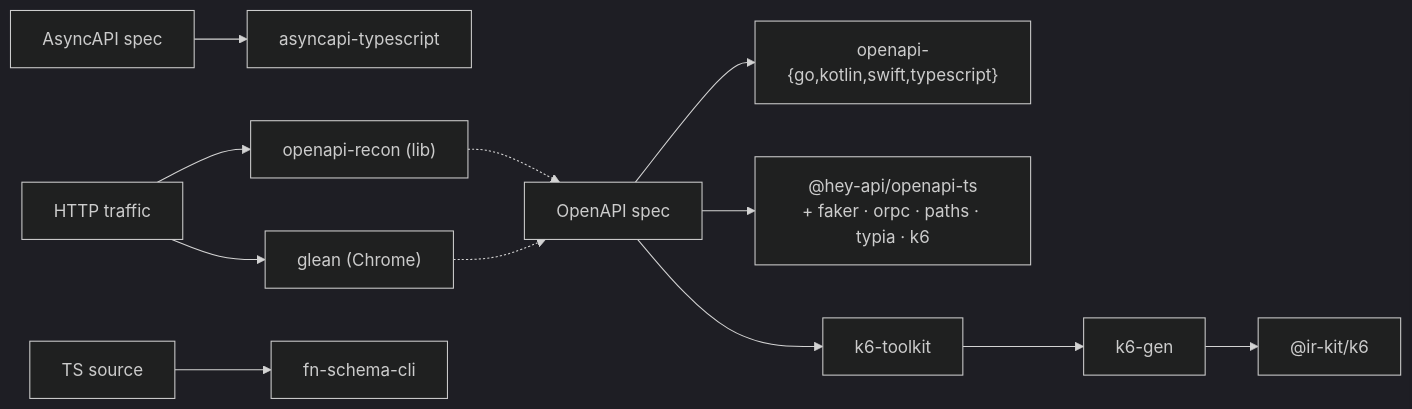
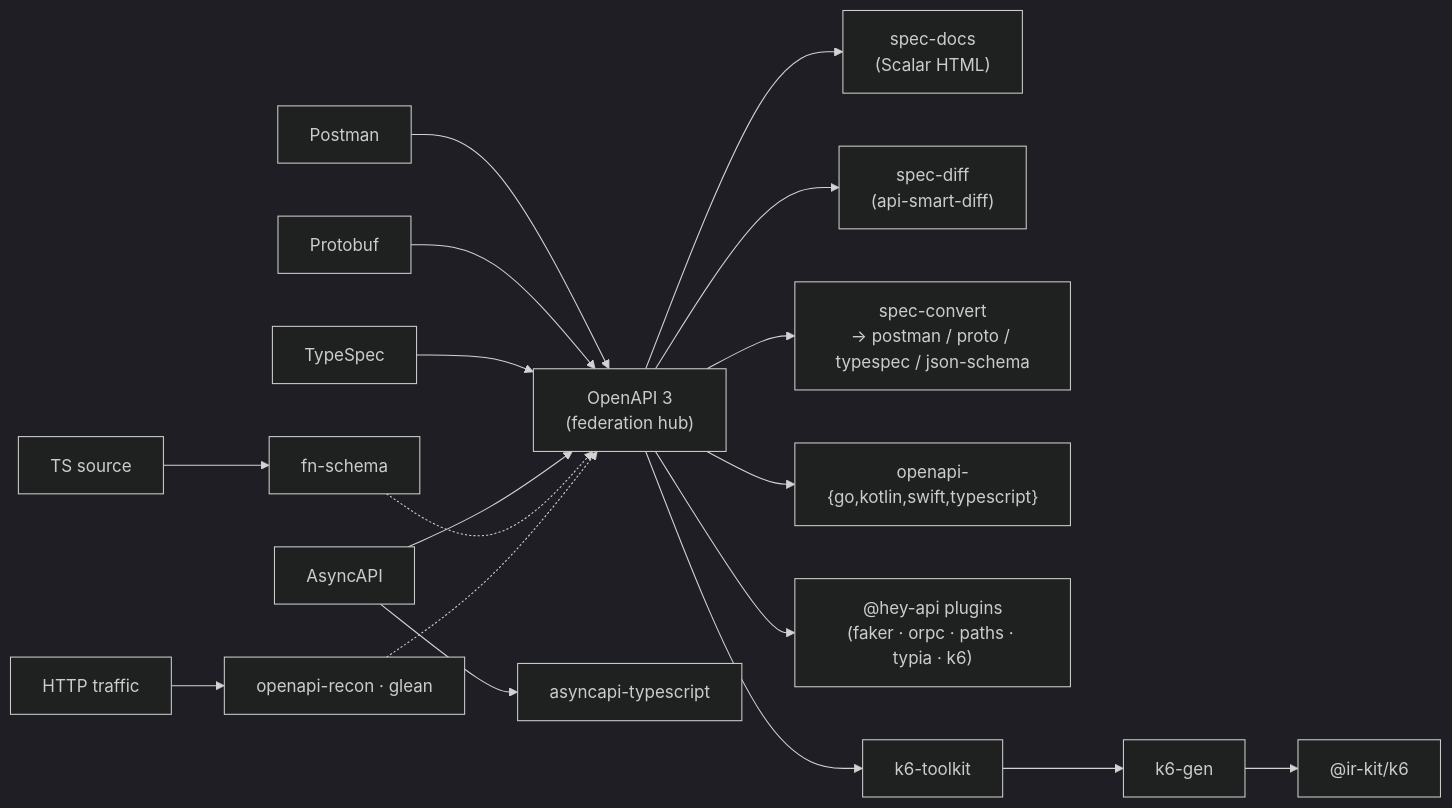
One commit to ir-kit/ir-kit changed the diagram in README.md. Above: the diagram before and after it, drawn with Mermaid (dark theme). The commit also changed other lines of this file and 11 other files, not shown here.

````diff
--- a/README.md
+++ b/README.md
@@ -70,18 +78,20 @@
 ```mermaid
 flowchart LR
-  ospec["OpenAPI spec"]
-  aspec["AsyncAPI spec"]
-  traffic["HTTP traffic"]
-  ts["TS source"]
+  postman["Postman"] --> hub
+  proto["Protobuf"] --> hub
+  tsp["TypeSpec"] --> hub
+  aspec["AsyncAPI"] --> hub
+  ts["TS source"] --> fn["fn-schema"] -.-> hub
+  traffic["HTTP traffic"] --> recon["openapi-recon · glean"] -.-> hub
 
-  ospec --> native["openapi-{go,kotlin,swift,typescript}"]
-  ospec --> hey["@hey-api/openapi-ts<br/>+ faker · orpc · paths · typia · k6"]
-  ospec --> k6tk["k6-toolkit"] --> k6gen["k6-gen"] --> k6fw["@ir-kit/k6"]
+  hub["OpenAPI 3<br/>(federation hub)"]
 
-  aspec --> async["asyncapi-typescript"]
+  hub --> docs["spec-docs<br/>(Scalar HTML)"]
+  hub --> diff["spec-diff<br/>(api-smart-diff)"]
+  hub --> conv["spec-convert<br/>→ postman / proto / typespec / json-schema"]
+  hub --> native["openapi-{go,kotlin,swift,typescript}"]
+  hub --> heyplugins["@hey-api plugins<br/>(faker · orpc · paths · typia · k6)"]
+  hub --> k6tk["k6-toolkit"] --> k6gen["k6-gen"] --> k6fw["@ir-kit/k6"]
 
-  traffic --> recon["openapi-recon (lib)"] -.-> ospec
-  traffic --> glean["glean (Chrome)"] -.-> ospec
-
-  ts --> fn["fn-schema-cli"]
+  aspec --> asyncts["asyncapi-typescript"]
 ```
````
